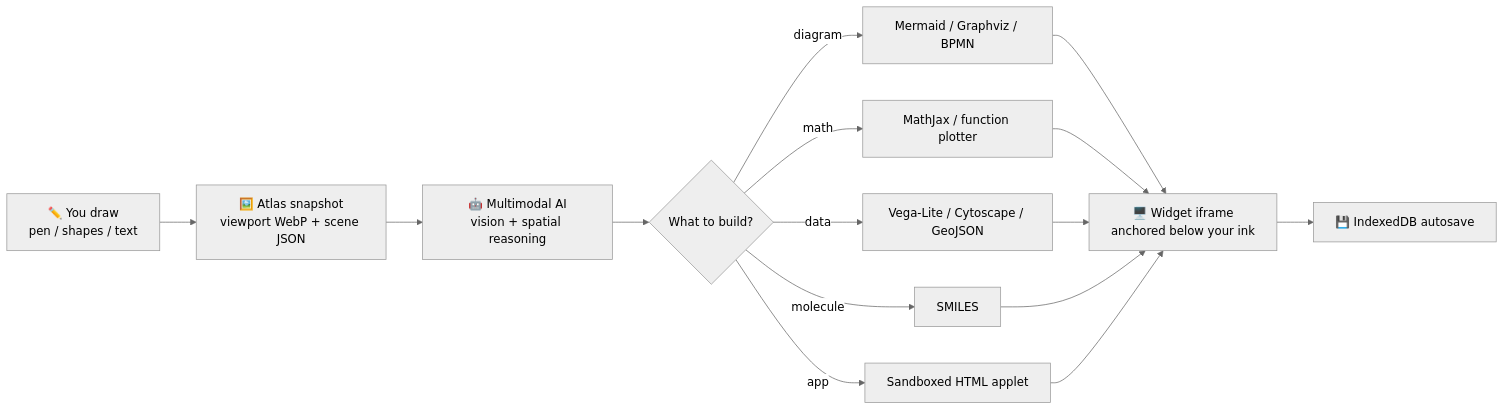
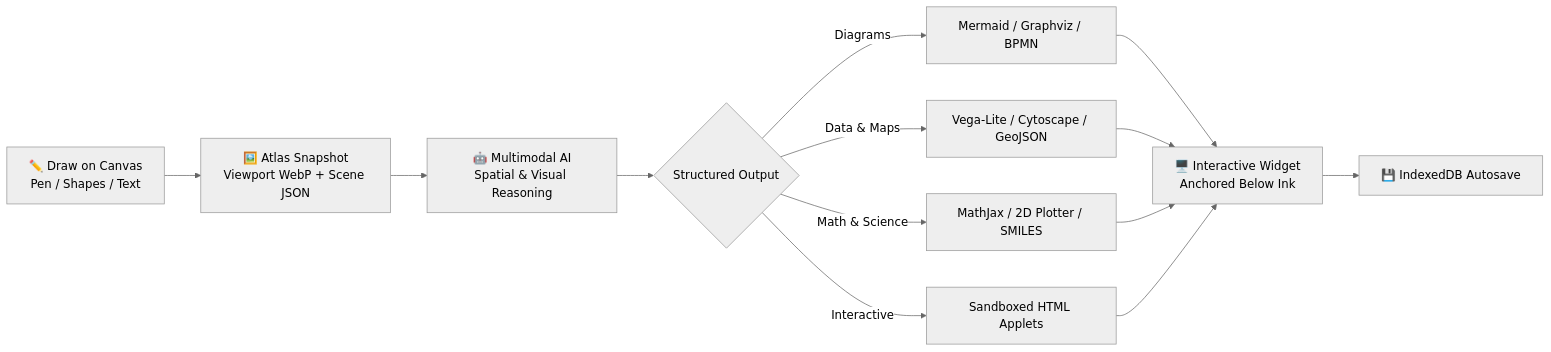
The diagram in README.md (taqui-786/drawva), drawn with Mermaid (neutral theme) before and after one commit. The commit also changed other lines of this file and 9 other files, not shown here.

````diff
--- a/README.md
+++ b/README.md
@@ -19,13 +11,12 @@
 ```mermaid
 flowchart LR
-    A[✏️ You draw<br/>pen / shapes / text] --> B[🖼️ Atlas snapshot<br/>viewport WebP + scene JSON]
-    B --> C[🤖 Multimodal AI<br/>vision + spatial reasoning]
-    C --> D{What to build?}
-    D -->|diagram| E[Mermaid / Graphviz / BPMN]
-    D -->|math| F[MathJax / function plotter]
-    D -->|data| G[Vega-Lite / Cytoscape / GeoJSON]
-    D -->|molecule| H[SMILES]
-    D -->|app| I[Sandboxed HTML applet]
-    E & F & G & H & I --> J[🖥️ Widget iframe<br/>anchored below your ink]
-    J --> K[💾 IndexedDB autosave]
+    A[✏️ Draw on Canvas<br/>Pen / Shapes / Text] --> B[🖼️ Atlas Snapshot<br/>Viewport WebP + Scene JSON]
+    B --> C[🤖 Multimodal AI<br/>Spatial & Visual Reasoning]
+    C --> D{Structured Output}
+    D -->|Diagrams| E[Mermaid / Graphviz / BPMN]
+    D -->|Data & Maps| F[Vega-Lite / Cytoscape / GeoJSON]
+    D -->|Math & Science| G[MathJax / 2D Plotter / SMILES]
+    D -->|Interactive| H[Sandboxed HTML Applets]
+    E & F & G & H --> I[🖥️ Interactive Widget<br/>Anchored Below Ink]
+    I --> J[💾 IndexedDB Autosave]
 ```
````
